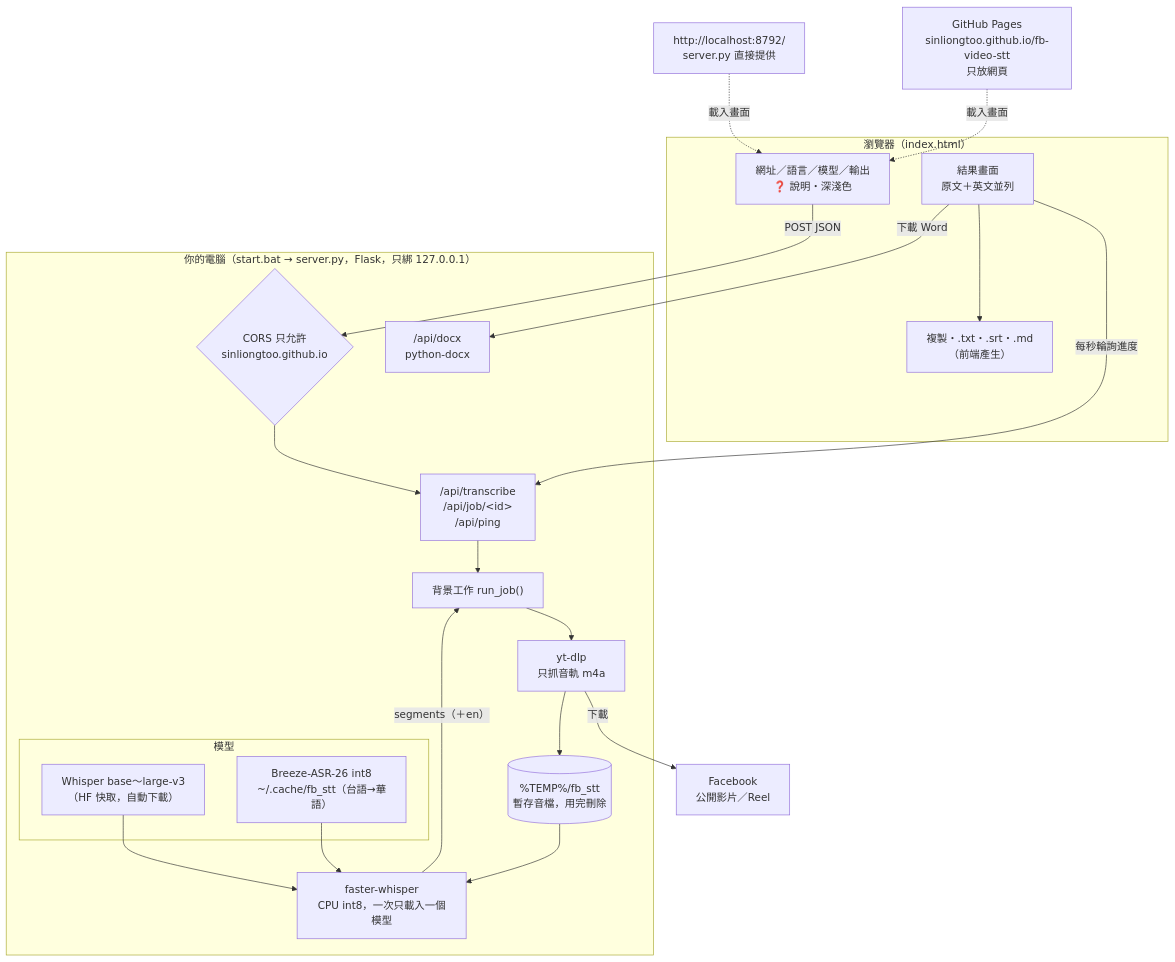
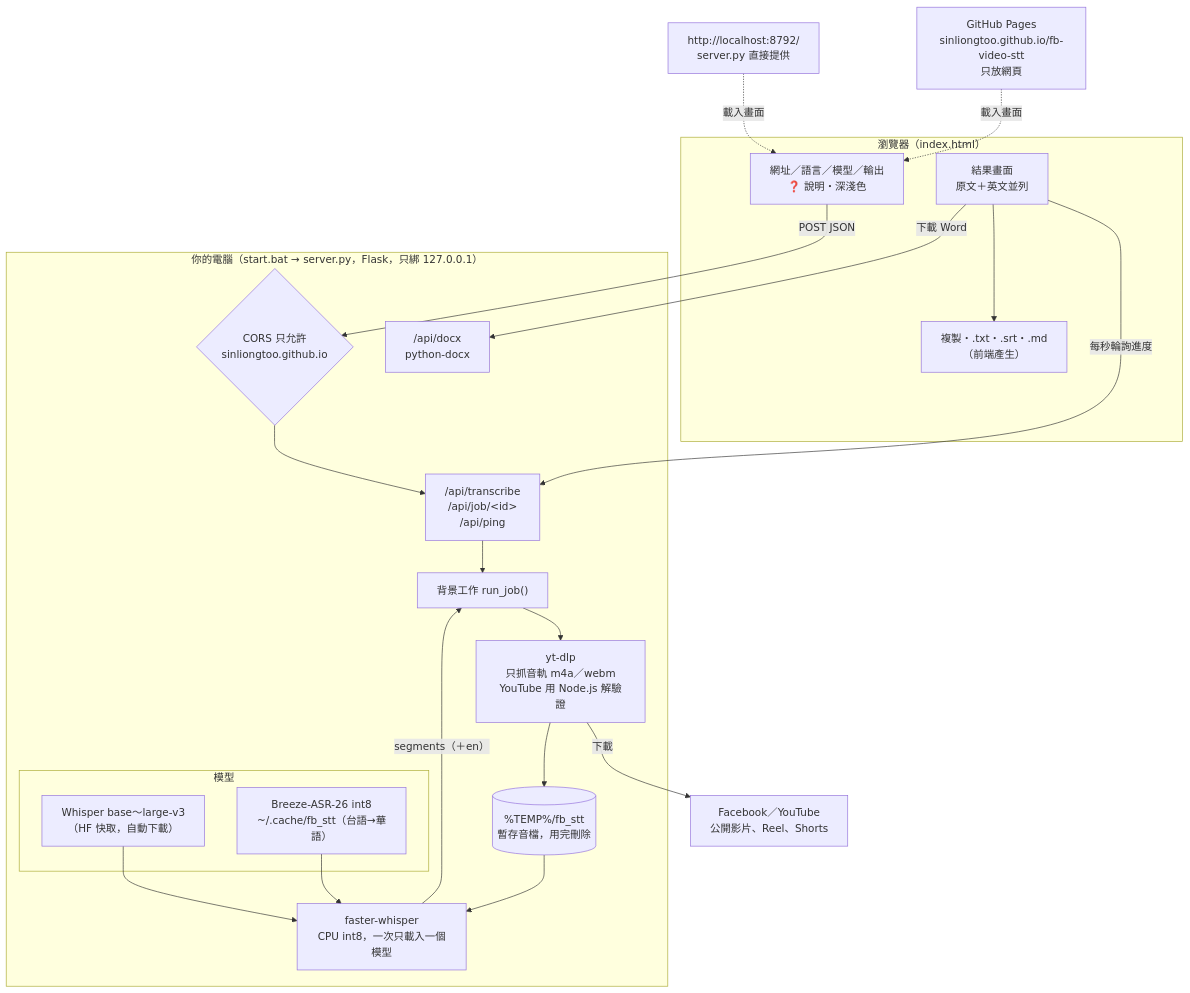
The diagram in docs/architecture-overview.mmd (SinLiongToo/fb-video-stt), drawn with Mermaid before and after one commit. The commit also changed 7 other files, not shown here.

First line of the commit message:
v1.7：支援 YouTube 影片／Shorts；README 說明沒有用到 LLM

```diff
--- a/docs/architecture-overview.mmd
+++ b/docs/architecture-overview.mmd
@@ -1,35 +1,35 @@
 flowchart TD
     subgraph BROWSER["瀏覽器（index.html）"]
         UI["網址／語言／模型／輸出<br/>❓ 說明・深淺色"]
         VIEW["結果畫面<br/>原文＋英文並列"]
         EXP["複製・.txt・.srt・.md<br/>（前端產生）"]
     end
 
     PAGES["GitHub Pages<br/>sinliongtoo.github.io/fb-video-stt<br/>只放網頁"] -.->|"載入畫面"| UI
     LOCALPAGE["http://localhost:8792/<br/>server.py 直接提供"] -.->|"載入畫面"| UI
 
     subgraph PC["你的電腦（start.bat → server.py，Flask，只綁 127.0.0.1）"]
         API["/api/transcribe<br/>/api/job/&lt;id&gt;<br/>/api/ping"]
         CORS{"CORS 只允許<br/>sinliongtoo.github.io"}
         JOB["背景工作 run_job()"]
-        YTDLP["yt-dlp<br/>只抓音軌 m4a"]
+        YTDLP["yt-dlp<br/>只抓音軌 m4a／webm<br/>YouTube 用 Node.js 解驗證"]
         TMP[("%TEMP%/fb_stt<br/>暫存音檔，用完刪除")]
         FW["faster-whisper<br/>CPU int8，一次只載入一個模型"]
         DOCX["/api/docx<br/>python-docx"]
         subgraph MODELS["模型"]
             WH["Whisper base～large-v3<br/>（HF 快取，自動下載）"]
             BZ["Breeze-ASR-26 int8<br/>~/.cache/fb_stt（台語→華語）"]
         end
     end
 
-    FB["Facebook<br/>公開影片／Reel"]
+    FB["Facebook／YouTube<br/>公開影片、Reel、Shorts"]
 
     UI -->|"POST JSON"| CORS --> API --> JOB
     JOB --> YTDLP -->|"下載"| FB
     YTDLP --> TMP --> FW
     WH --> FW
     BZ --> FW
     FW -->|"segments（＋en）"| JOB
     VIEW -->|"每秒輪詢進度"| API
     VIEW --> EXP
     VIEW -->|"下載 Word"| DOCX
```
